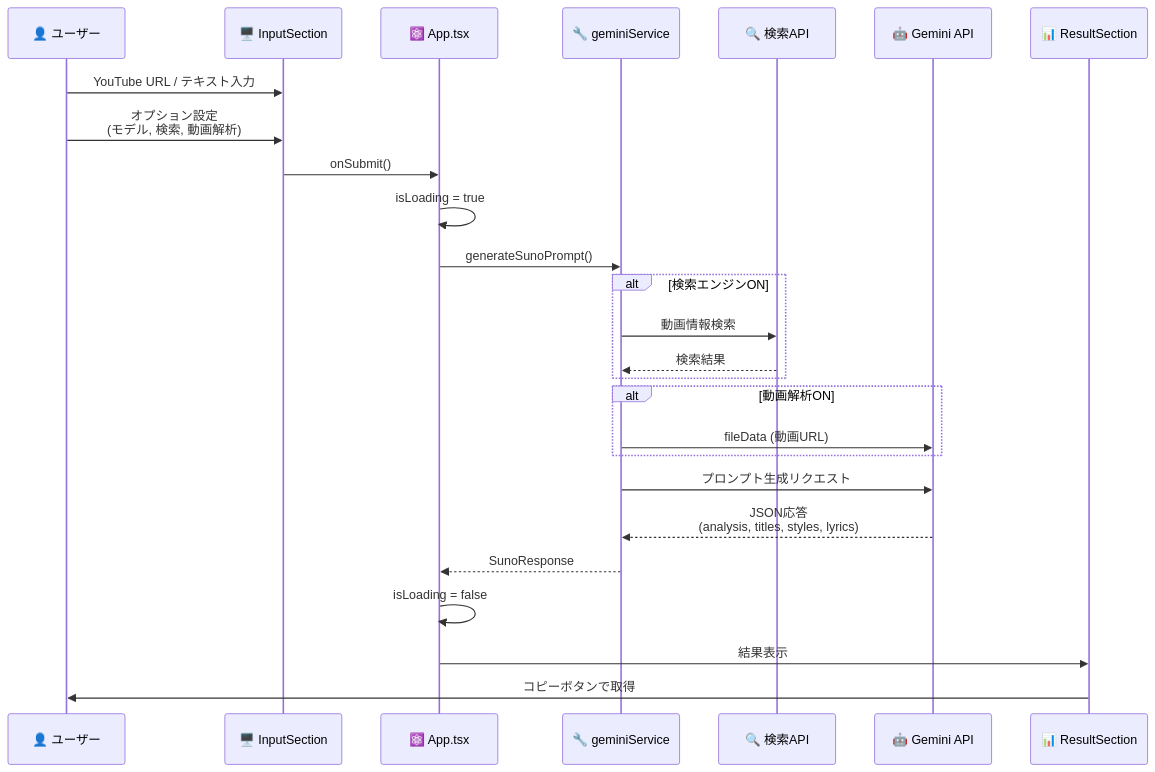
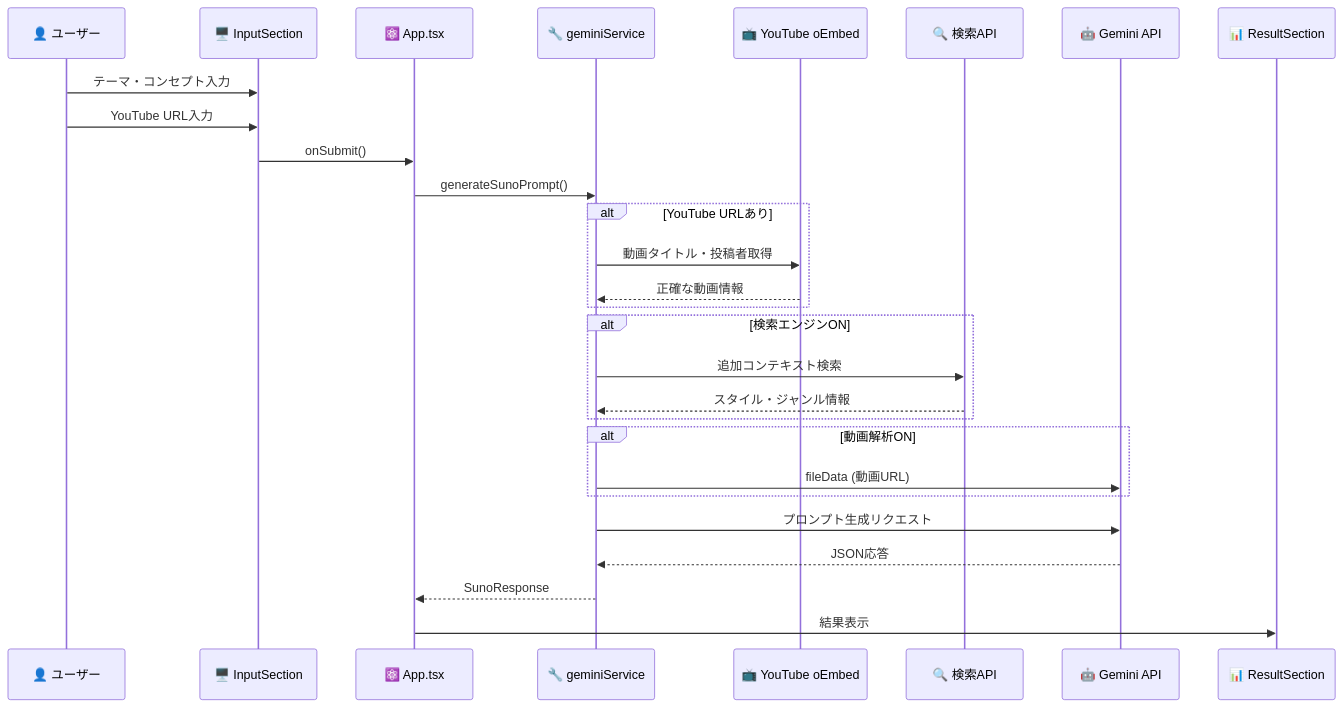
The second of 3 diagrams in README.md (igashira0324/suno-support), drawn with Mermaid before and after one commit. The commit also changed other lines of this file and 7 other files, not shown here.

Commit message:
Update v4.5: UI improvements, YouTube fix, start.bat

````diff
--- a/README.md
+++ b/README.md
@@ -78,32 +80,35 @@
 ```mermaid
 sequenceDiagram
     participant User as 👤 ユーザー
     participant UI as 🖥️ InputSection
     participant App as ⚛️ App.tsx
     participant Service as 🔧 geminiService
+    participant YT as 📺 YouTube oEmbed
     participant Search as 🔍 検索API
     participant Gemini as 🤖 Gemini API
     participant Result as 📊 ResultSection
 
-    User->>UI: YouTube URL / テキスト入力
-    User->>UI: オプション設定<br/>(モデル, 検索, 動画解析)
+    User->>UI: テーマ・コンセプト入力
+    User->>UI: YouTube URL入力
     UI->>App: onSubmit()
-    App->>App: isLoading = true
     App->>Service: generateSunoPrompt()
     
+    alt YouTube URLあり
+        Service->>YT: 動画タイトル・投稿者取得
+        YT-->>Service: 正確な動画情報
+    end
+
     alt 検索エンジンON
-        Service->>Search: 動画情報検索
-        Search-->>Service: 検索結果
+        Service->>Search: 追加コンテキスト検索
+        Search-->>Service: スタイル・ジャンル情報
     end
     
     alt 動画解析ON
         Service->>Gemini: fileData (動画URL)
     end
     
     Service->>Gemini: プロンプト生成リクエスト
-    Gemini-->>Service: JSON応答<br/>(analysis, titles, styles, lyrics)
+    Gemini-->>Service: JSON応答
     Service-->>App: SunoResponse
-    App->>App: isLoading = false
     App->>Result: 結果表示
-    Result->>User: コピーボタンで取得
 ```
````
